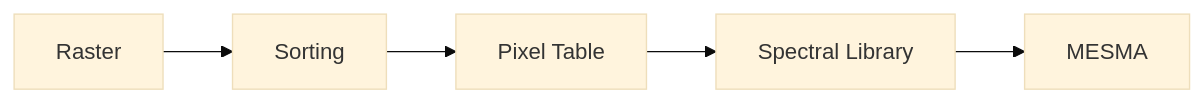
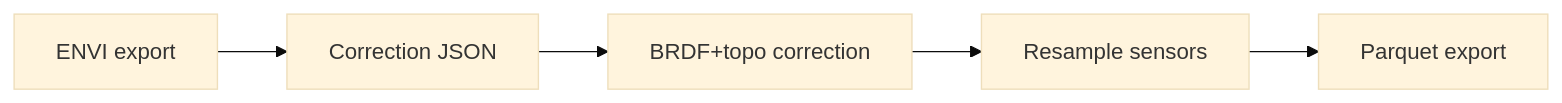
Before and after one commit to earthlab/cross-sensor-cal: the diagram in docs/overview.md, drawn with Mermaid (base theme). The commit also changed other lines of this file and 57 other files, not shown here.

````diff
--- a/docs/overview.md
+++ b/docs/overview.md
@@ -38,9 +49,9 @@
 ```mermaid
 flowchart LR
-    R[Raster]
-    S[Sorting]
-    P[Pixel Table]
-    L[Spectral Library]
-    M[MESMA]
-    R --> S --> P --> L --> M
+    E[ENVI export]
+    C[Correction JSON]
+    B[BRDF+topo correction]
+    R[Resample sensors]
+    P[Parquet export]
+    E --> C --> B --> R --> P
 ```
````
